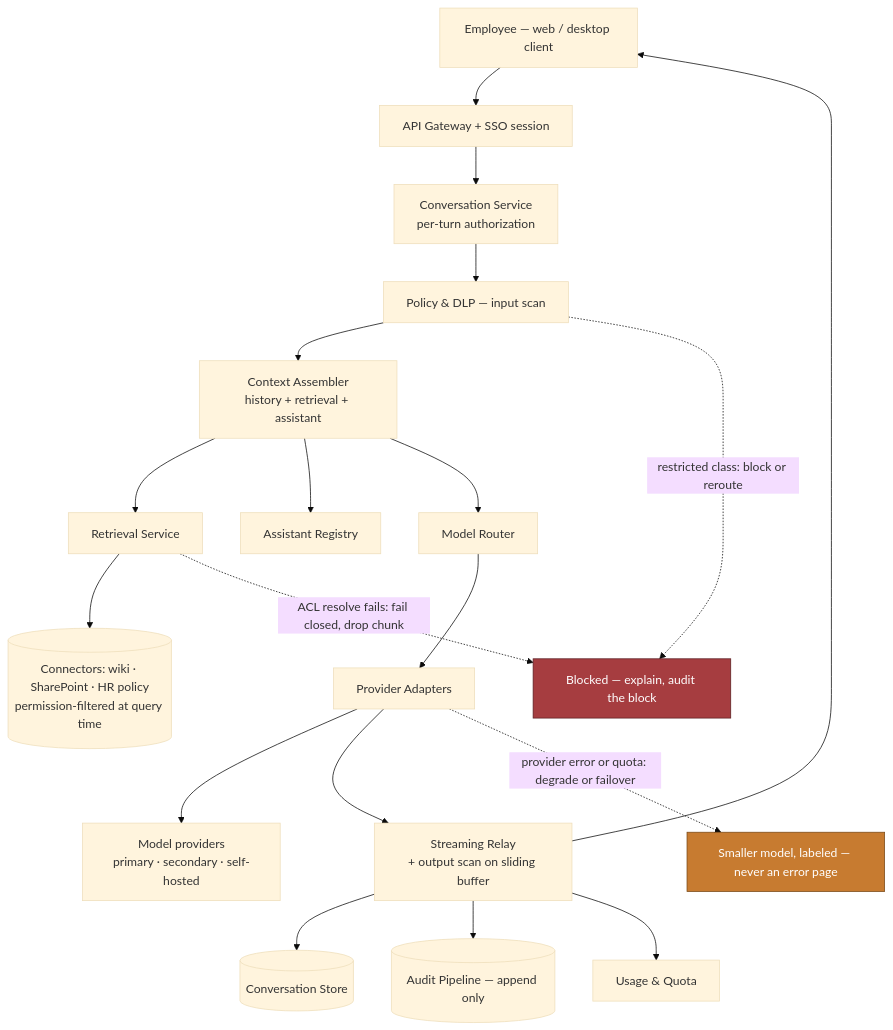
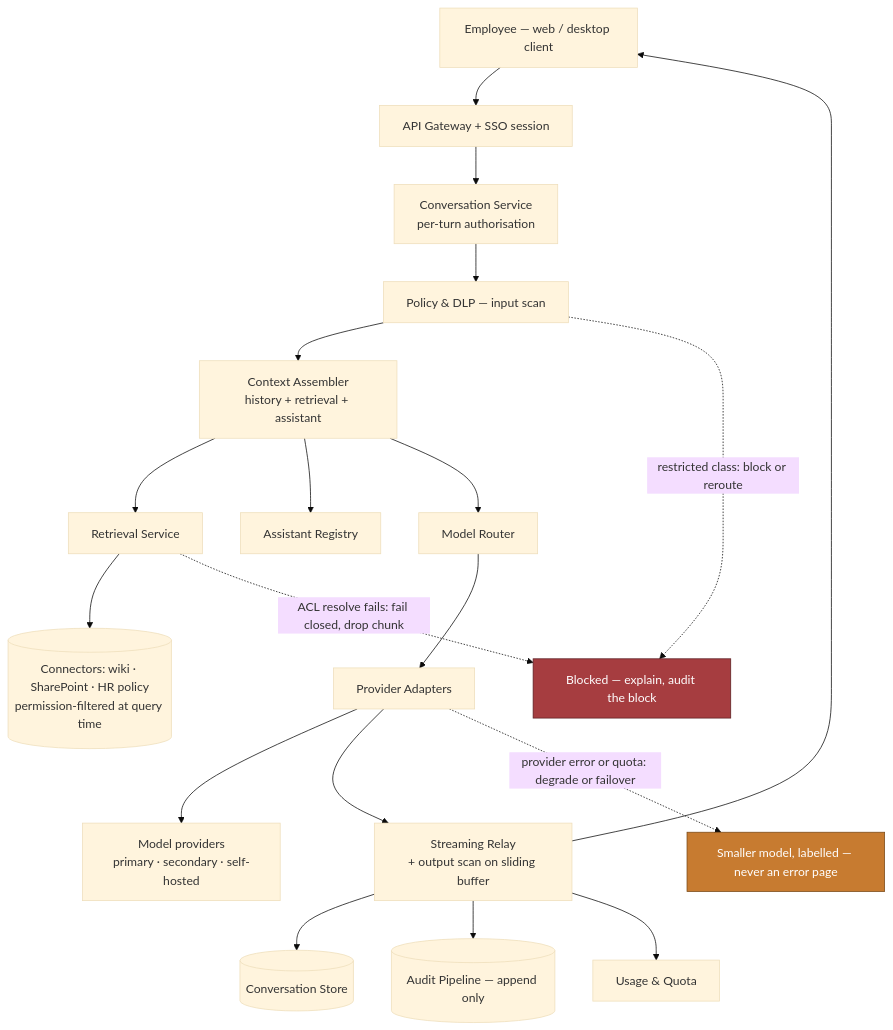
The first of 2 diagrams in site/content/modules/15-fde-case-studies/standalone-designs/enterprise-chatbot-platform/tutorial-v2-part-2.md (Sourav692/Forward-Deployed-Engineer-Interview-Prep), drawn with Mermaid (base theme) before and after one commit. The commit also changed other lines of this file and 191 other files, not shown here.

First line of the commit message:
content: British spellings inside diagrams (AF-06)

````diff
--- a/site/content/modules/15-fde-case-studies/standalone-designs/enterprise-chatbot-platform/tutorial-v2-part-2.md
+++ b/site/content/modules/15-fde-case-studies/standalone-designs/enterprise-chatbot-platform/tutorial-v2-part-2.md
@@ -150,25 +150,25 @@
 ```mermaid
 flowchart TB
     U["Employee — web / desktop client"] --> GW["API Gateway + SSO session"]
-    GW --> CONV["Conversation Service<br/>per-turn authorization"]
+    GW --> CONV["Conversation Service<br/>per-turn authorisation"]
     CONV --> POL["Policy & DLP — input scan"]
     POL --> ASM["Context Assembler<br/>history + retrieval + assistant"]
     ASM --> RET["Retrieval Service"]
     RET --> CONN[("Connectors: wiki · SharePoint · HR policy<br/>permission-filtered at query time")]
     ASM --> AREG["Assistant Registry"]
     ASM --> ROUTE["Model Router"]
     ROUTE --> ADP["Provider Adapters"]
     ADP --> EXT["Model providers<br/>primary · secondary · self-hosted"]
     ADP --> RELAY["Streaming Relay<br/>+ output scan on sliding buffer"]
     RELAY --> U
     RELAY --> STORE[("Conversation Store")]
     RELAY --> AUD[("Audit Pipeline — append only")]
     RELAY --> USE["Usage & Quota"]
 
     POL -. "restricted class: block or reroute" .-> DENY["Blocked — explain, audit the block"]
     RET -. "ACL resolve fails: fail closed, drop chunk" .-> DENY
-    ADP -. "provider error or quota: degrade or failover" .-> DEG["Smaller model, labeled — never an error page"]
+    ADP -. "provider error or quota: degrade or failover" .-> DEG["Smaller model, labelled — never an error page"]
 
     style DENY fill:#a63d40,stroke:#5c1f22,color:#fff
     style DEG fill:#c77b30,stroke:#7a4a18,color:#fff
 ```
````
